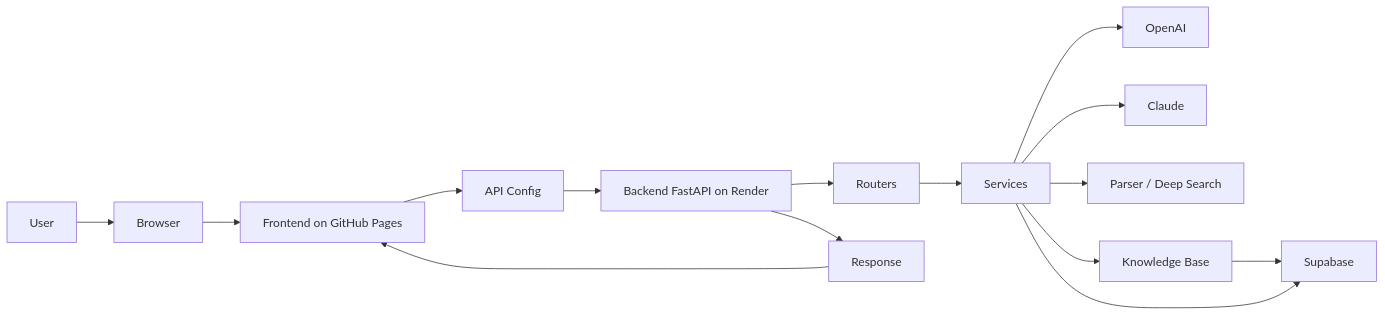
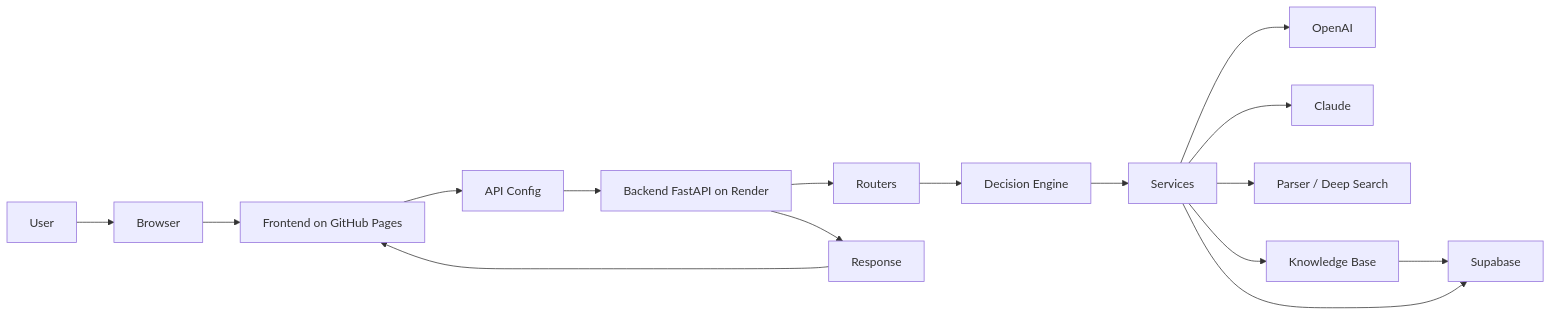
One commit to savhilvi-code/puls-backend changed the diagram in PROJECT_OVERVIEW.md. Above: the diagram before and after it, drawn with Mermaid. The commit also changed other lines of this file and 6 other files, not shown here.

Commit message:
Implement centralized PULS Decision Engine

````diff
--- a/PROJECT_OVERVIEW.md
+++ b/PROJECT_OVERVIEW.md
@@ -32,17 +33,18 @@
 ```mermaid
 flowchart LR
     User[User] --> Browser[Browser]
     Browser --> Frontend[Frontend on GitHub Pages]
     Frontend --> APIConfig[API Config]
     APIConfig --> Backend[Backend FastAPI on Render]
     Backend --> Routers[Routers]
-    Routers --> Services[Services]
+    Routers --> Decision[Decision Engine]
+    Decision --> Services[Services]
     Services --> OpenAI[OpenAI]
     Services --> Claude[Claude]
     Services --> Parser[Parser / Deep Search]
     Services --> KB[Knowledge Base]
     KB --> Supabase[Supabase]
     Services --> Supabase
     Backend --> Response[Response]
     Response --> Frontend
 ```
````
